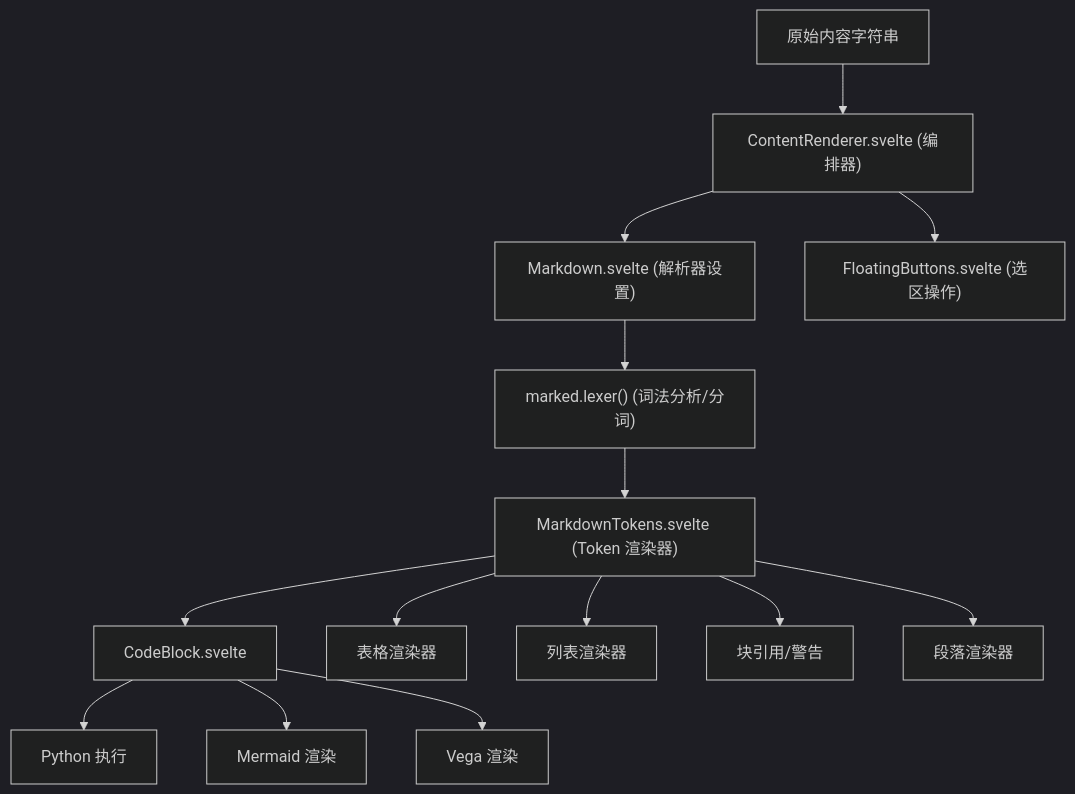
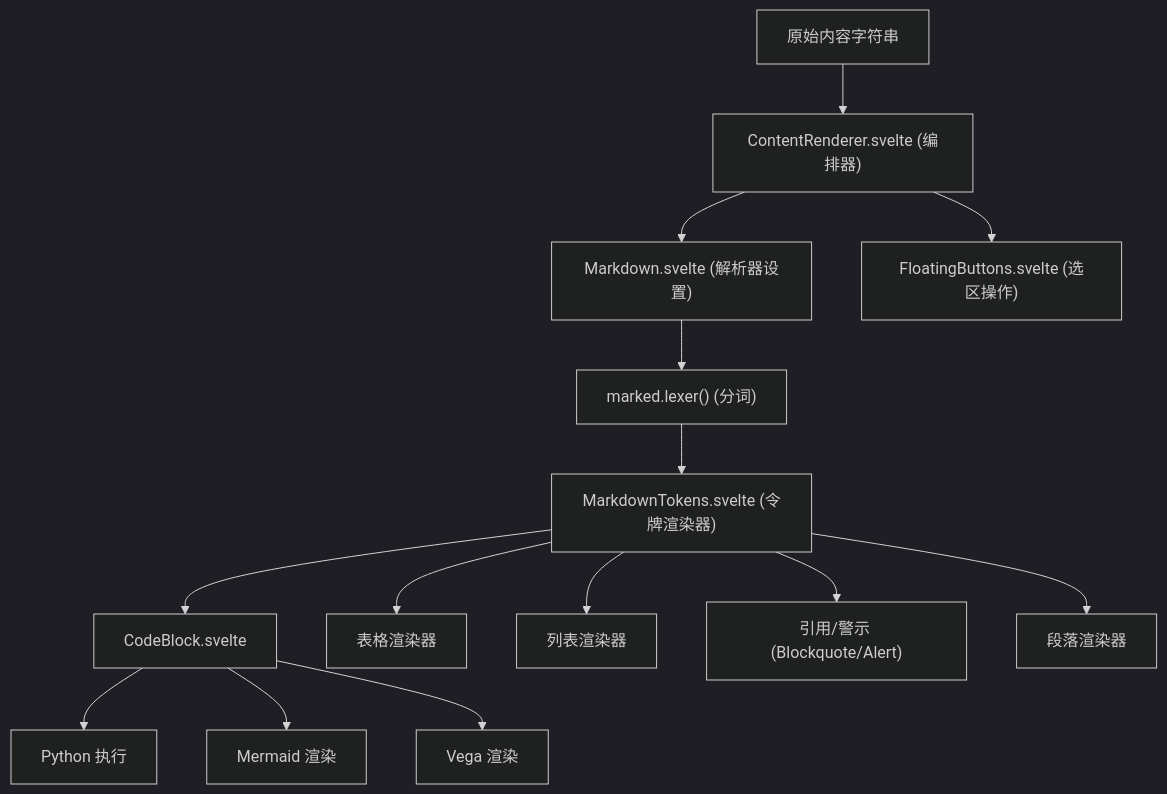
One commit to Chesszyh/Wiki changed the first of 3 diagrams in tests/open-webui_deepwiki/zh/5-message-rendering.md. Above: the diagram before and after it, drawn with Mermaid (dark theme). The commit also changed other lines of this file and 234 other files, not shown here.

````diff
--- a/tests/open-webui_deepwiki/zh/5-message-rendering.md
+++ b/tests/open-webui_deepwiki/zh/5-message-rendering.md
@@ -46,31 +46,31 @@
 ```mermaid
 flowchart TD
     Content["原始内容字符串"]
     ContentRenderer["ContentRenderer.svelte (编排器)"]
     Markdown["Markdown.svelte (解析器设置)"]
-    MarkedLexer["marked.lexer() (词法分析/分词)"]
-    MarkdownTokens["MarkdownTokens.svelte (Token 渲染器)"]
+    MarkedLexer["marked.lexer() (分词)"]
+    MarkdownTokens["MarkdownTokens.svelte (令牌渲染器)"]
     CodeBlock["CodeBlock.svelte"]
     Table["表格渲染器"]
     List["列表渲染器"]
-    Blockquote["块引用/警告"]
+    Blockquote["引用/警示 (Blockquote/Alert)"]
     Paragraph["段落渲染器"]
     PythonExec["Python 执行"]
     MermaidRender["Mermaid 渲染"]
     VegaRender["Vega 渲染"]
     FloatingButtons["FloatingButtons.svelte (选区操作)"]
 
     Content --> ContentRenderer
     ContentRenderer --> Markdown
     Markdown --> MarkedLexer
     MarkedLexer --> MarkdownTokens
     MarkdownTokens --> CodeBlock
     MarkdownTokens --> Table
     MarkdownTokens --> List
     MarkdownTokens --> Blockquote
     MarkdownTokens --> Paragraph
     CodeBlock --> PythonExec
     CodeBlock --> MermaidRender
     CodeBlock --> VegaRender
     ContentRenderer --> FloatingButtons
 ```
````
